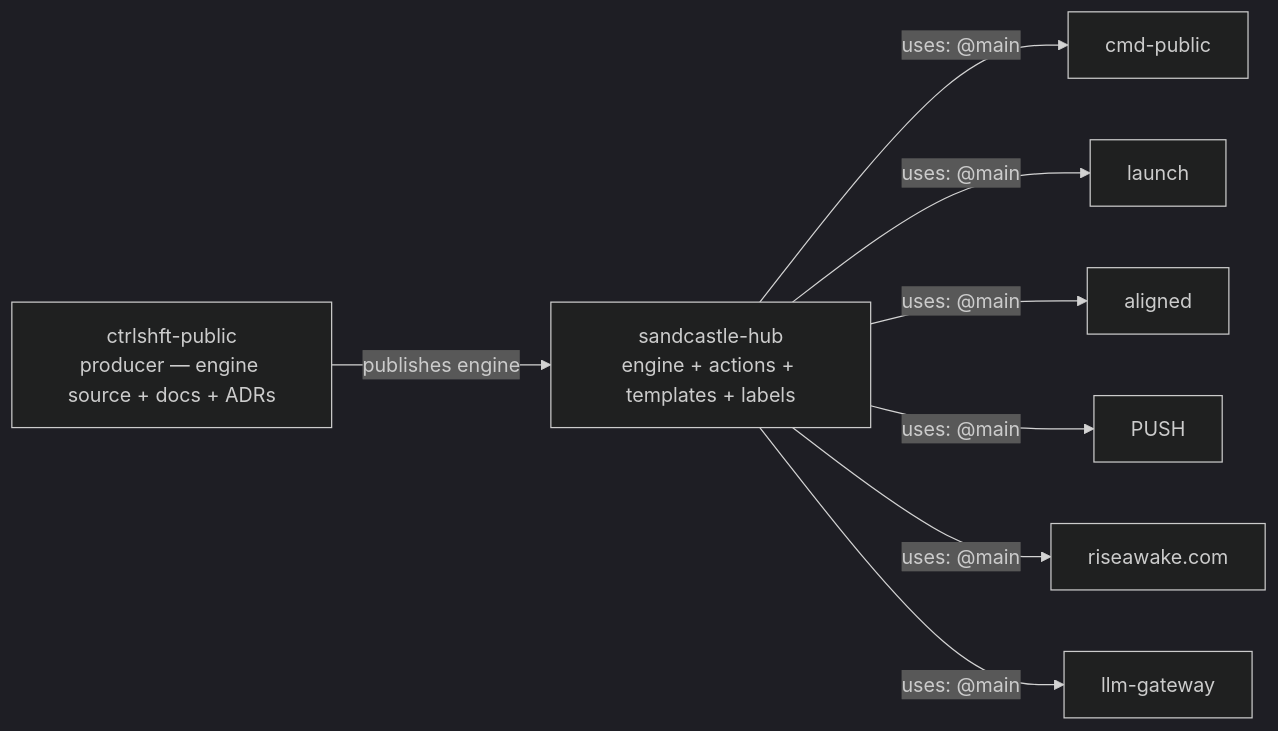
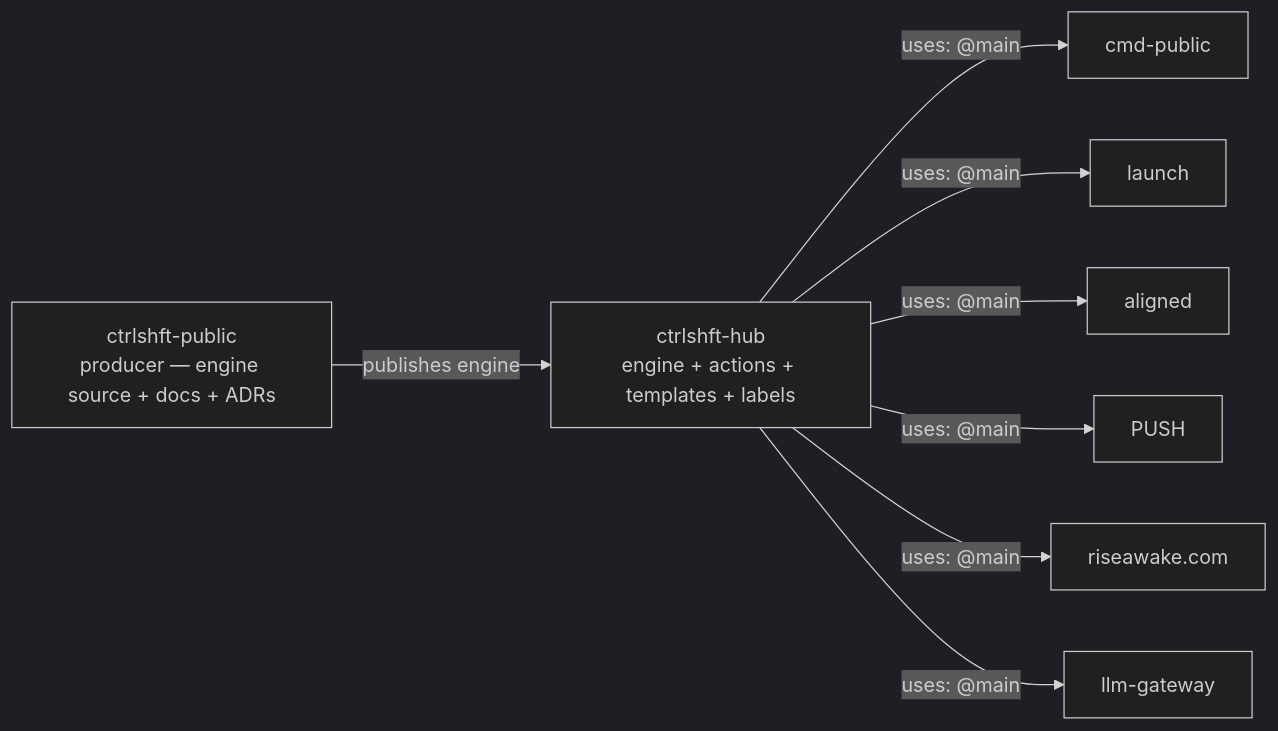
The diagram in README.md (arndvs/ctrlshft-hub), drawn with Mermaid (dark theme) before and after one commit. The commit also changed other lines of this file and 35 other files, not shown here.

First line of the commit message:
chore(repo): rename sandcastle-hub → ctrlshft-hub (internal refs)

````diff
--- a/README.md
+++ b/README.md
@@ -9,19 +9,19 @@
 ```mermaid
 graph LR
     PROD["ctrlshft-public<br/>producer — engine source + docs + ADRs"]
-    HUB["sandcastle-hub<br/>engine + actions + templates + labels"]
+    HUB["ctrlshft-hub<br/>engine + actions + templates + labels"]
     C1["cmd-public"]
     C2["launch"]
     C3["aligned"]
     C4["PUSH"]
     C5["riseawake.com"]
     C6["llm-gateway"]
 
     PROD -->|"publishes engine"| HUB
     HUB -->|"uses: @main"| C1
     HUB -->|"uses: @main"| C2
     HUB -->|"uses: @main"| C3
     HUB -->|"uses: @main"| C4
     HUB -->|"uses: @main"| C5
     HUB -->|"uses: @main"| C6
 ```
````
